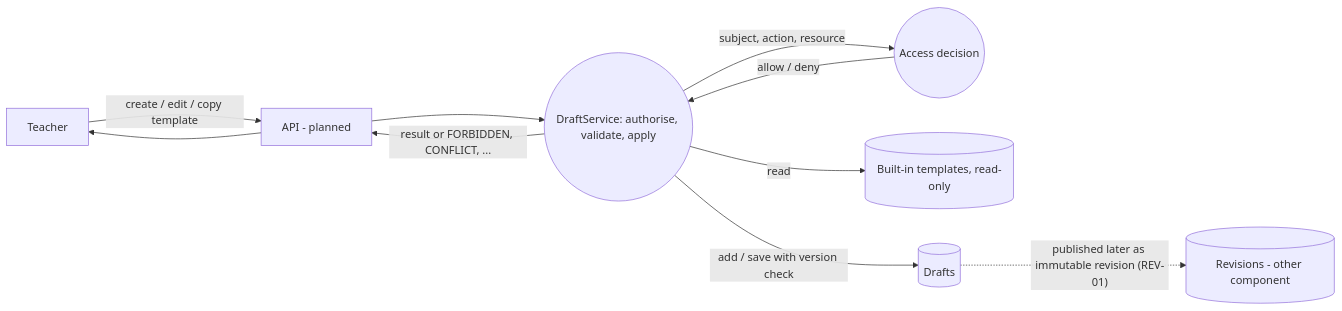
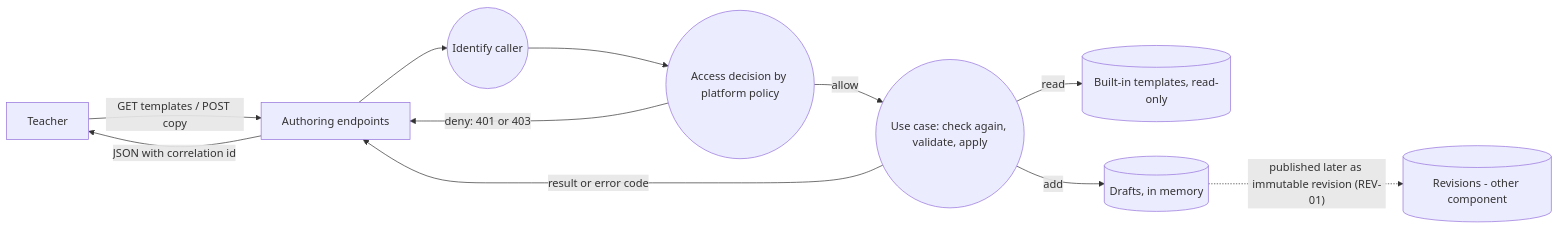
One commit to Kikiriki007/security-lab changed the second of 2 diagrams in docs/components/AUT-authoring.md. Above: the diagram before and after it, drawn with Mermaid. The commit also changed other lines of this file and 39 other files, not shown here.

Commit message:
feat(authoring): add template list and copy-to-draft endpoints (AUT-06) (#81)

````diff
--- a/docs/components/AUT-authoring.md
+++ b/docs/components/AUT-authoring.md
@@ -41,12 +59,13 @@
 ```mermaid
 flowchart LR
-  T[Teacher] -->|create / edit / copy template| API[API - planned]
-  API --> P1((DraftService: authorise, validate, apply))
-  P1 -->|subject, action, resource| P2((Access decision))
-  P2 -->|allow / deny| P1
-  P1 -->|read| TS[(Built-in templates, read-only)]
-  P1 -->|add / save with version check| DS[(Drafts)]
-  P1 -->|result or FORBIDDEN, CONFLICT, ...| API
-  API --> T
+  T[Teacher] -->|GET templates / POST copy| API[Authoring endpoints]
+  API --> P1((Identify caller))
+  P1 --> P2((Access decision by platform policy))
+  P2 -->|deny: 401 or 403| API
+  P2 -->|allow| P3((Use case: check again, validate, apply))
+  P3 -->|read| TS[(Built-in templates, read-only)]
+  P3 -->|add| DS[(Drafts, in memory)]
+  P3 -->|result or error code| API
+  API -->|JSON with correlation id| T
   DS -. "published later as immutable revision (REV-01)" .-> RV[(Revisions - other component)]
 ```
````
